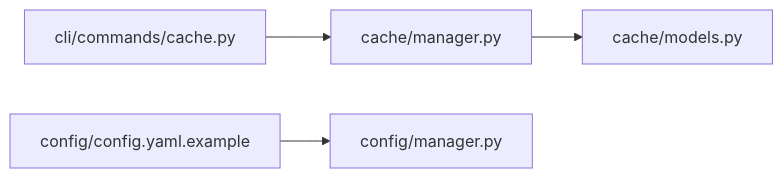
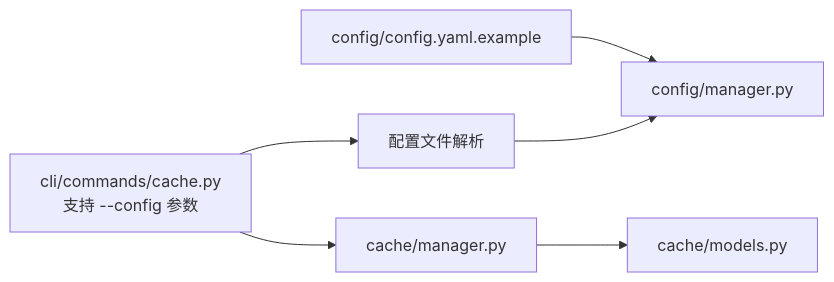
Before and after one commit to boyingliu01/fault-review-analyzer: the fourth of 4 diagrams in .qoder/repowiki/zh/content/命令行工具/缓存管理命令.md, drawn with Mermaid. The commit also changed other lines of this file and 30 other files, not shown here.

````diff
--- a/.qoder/repowiki/zh/content/命令行工具/缓存管理命令.md
+++ b/.qoder/repowiki/zh/content/命令行工具/缓存管理命令.md
@@ -262,6 +287,8 @@
 ```mermaid
 graph LR
-CLI["cli/commands/cache.py"] --> CM["cache/manager.py"]
+CLI["cli/commands/cache.py<br/>支持 --config 参数"] --> CFG["配置文件解析"]
+CLI --> CM["cache/manager.py"]
 CM --> Models["cache/models.py"]
 Config["config/config.yaml.example"] --> EnvMap["config/manager.py"]
+CFG --> EnvMap
 ```
````
